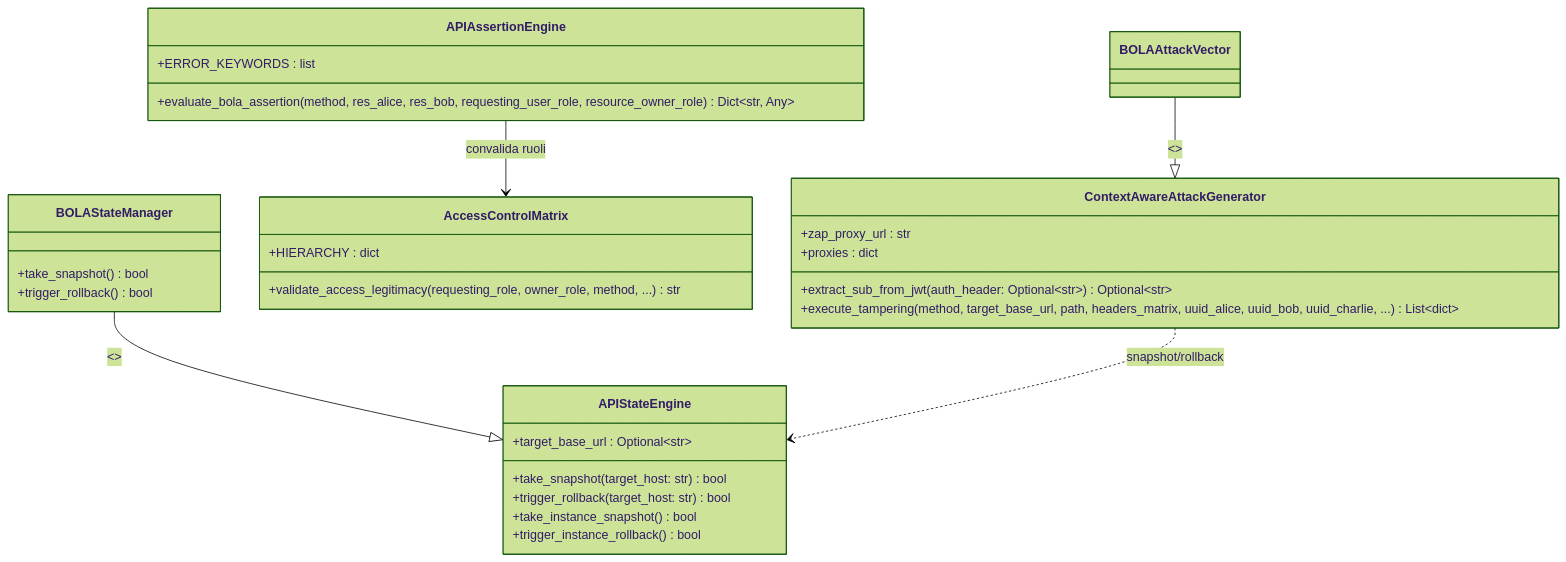
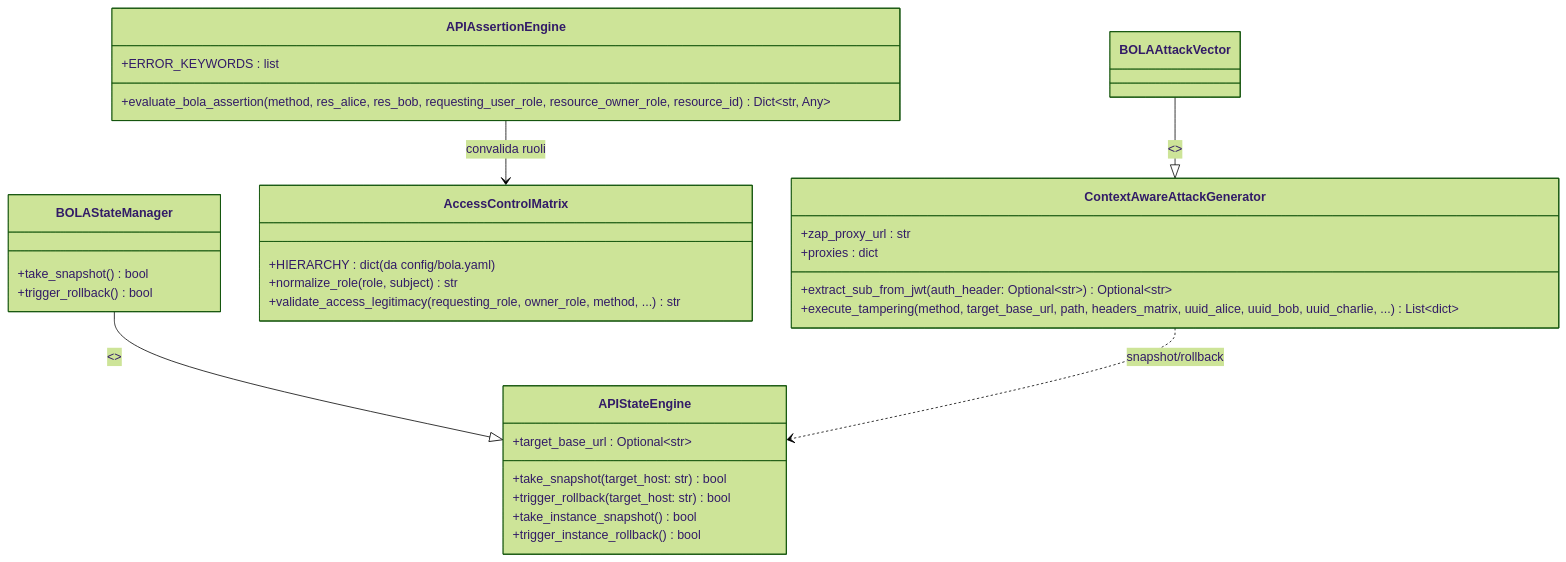
Before and after one commit to MarcoDonatiello04/DetectionCloudSecurityRisk: the first of 2 diagrams in docs/odd.md, drawn with Mermaid (forest theme). The commit also changed other lines of this file and 41 other files, not shown here.

````diff
--- a/docs/odd.md
+++ b/docs/odd.md
@@ -13,37 +13,38 @@
 ```mermaid
 classDiagram
     class APIStateEngine {
         +target_base_url : Optional~str~
         +take_snapshot(target_host: str) bool
         +trigger_rollback(target_host: str) bool
         +take_instance_snapshot() bool
         +trigger_instance_rollback() bool
     }
     class ContextAwareAttackGenerator {
         +zap_proxy_url : str
         +proxies : dict
         +extract_sub_from_jwt(auth_header: Optional~str~) Optional~str~
         +execute_tampering(method, target_base_url, path, headers_matrix, uuid_alice, uuid_bob, uuid_charlie, ...) List~dict~
     }
     class AccessControlMatrix {
-        +HIERARCHY : dict
+        +HIERARCHY : dict (da config/bola.yaml)
+        +normalize_role(role, subject) str
         +validate_access_legitimacy(requesting_role, owner_role, method, ...) str
     }
     class APIAssertionEngine {
         +ERROR_KEYWORDS : list
-        +evaluate_bola_assertion(method, res_alice, res_bob, requesting_user_role, resource_owner_role) Dict~str, Any~
+        +evaluate_bola_assertion(method, res_alice, res_bob, requesting_user_role, resource_owner_role, resource_id) Dict~str, Any~
     }
     
     class BOLAStateManager {
         +take_snapshot() bool
         +trigger_rollback() bool
     }
     class BOLAAttackVector {
     }
     
     BOLAStateManager --|> APIStateEngine : <<extends>>
     BOLAAttackVector --|> ContextAwareAttackGenerator : <<extends>>
     
     ContextAwareAttackGenerator ..> APIStateEngine : snapshot/rollback
     APIAssertionEngine --> AccessControlMatrix : convalida ruoli
 ```
````
